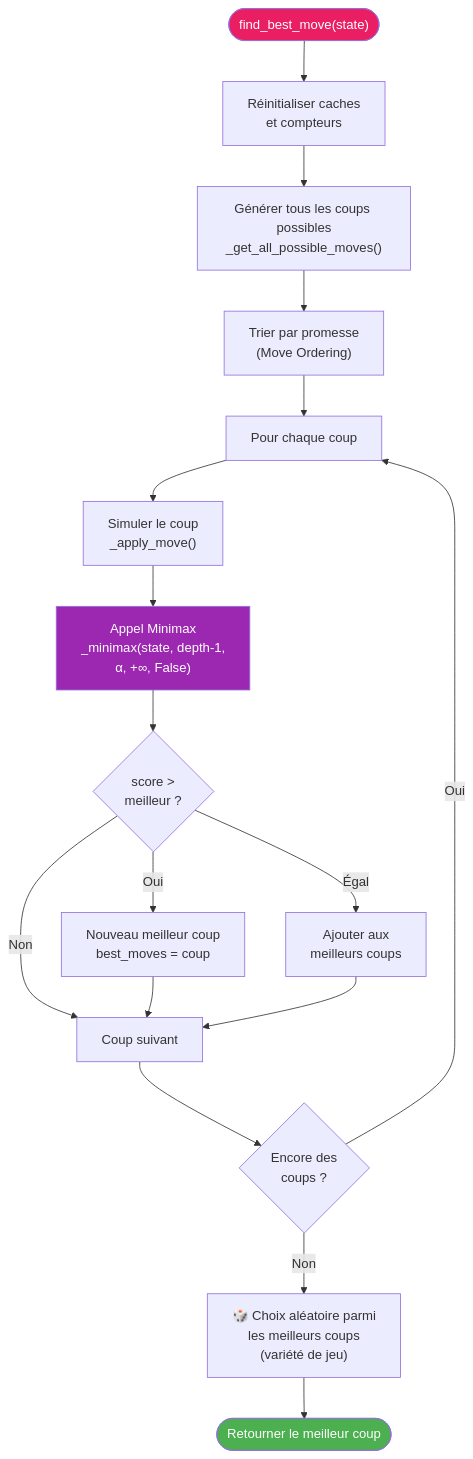
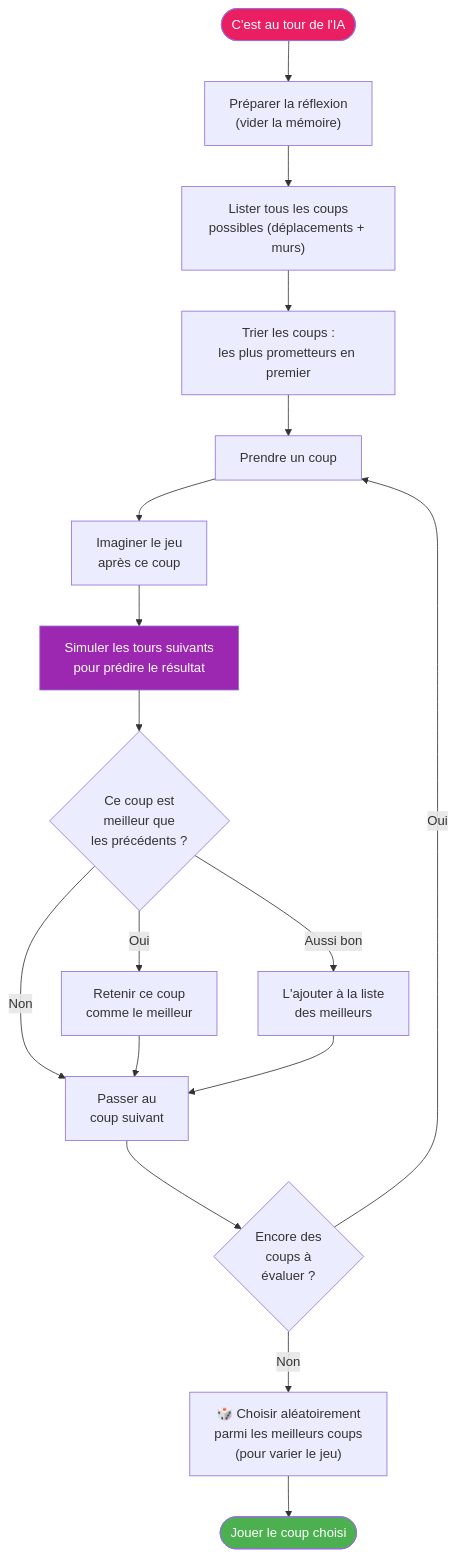
The first of 4 diagrams in flowcharts/02_logique_ia.md (Silou1/Projet_mecatronique_I3), drawn with Mermaid before and after one commit. The commit also changed other lines of this file and 3 other files, not shown here.

Commit message:
docs: simplify flowcharts with plain-language descriptions

````diff
--- a/flowcharts/02_logique_ia.md
+++ b/flowcharts/02_logique_ia.md
@@ -9,27 +9,27 @@
 ```mermaid
 flowchart TD
-    ENTRY(["find_best_move(state)"]) --> RESET["Réinitialiser caches<br/>et compteurs"]
-    RESET --> GEN["Générer tous les coups possibles<br/>_get_all_possible_moves()"]
-    GEN --> SORT["Trier par promesse<br/>(Move Ordering)"]
+    ENTRY(["C'est au tour de l'IA"]) --> RESET["Préparer la réflexion<br/>(vider la mémoire)"]
+    RESET --> GEN["Lister tous les coups<br/>possibles (déplacements + murs)"]
+    GEN --> SORT["Trier les coups :<br/>les plus prometteurs en premier"]
 
-    SORT --> LOOP["Pour chaque coup"]
-    LOOP --> SIM["Simuler le coup<br/>_apply_move()"]
-    SIM --> MINIMAX["Appel Minimax<br/>_minimax(state, depth-1,<br/>α, +∞, False)"]
+    SORT --> LOOP["Prendre un coup"]
+    LOOP --> SIM["Imaginer le jeu<br/>après ce coup"]
+    SIM --> MINIMAX["Simuler les tours suivants<br/>pour prédire le résultat"]
 
-    MINIMAX --> COMPARE{"score > <br/>meilleur ?"}
-    COMPARE -->|Oui| NEW_BEST["Nouveau meilleur coup<br/>best_moves = coup"]
-    COMPARE -->|"Égal"| ADD["Ajouter aux<br/>meilleurs coups"]
-    COMPARE -->|Non| NEXT
+    MINIMAX --> COMPARE{"Ce coup est<br/>meilleur que<br/>les précédents ?"}
+    COMPARE -->|"Oui"| NEW_BEST["Retenir ce coup<br/>comme le meilleur"]
+    COMPARE -->|"Aussi bon"| ADD["L'ajouter à la liste<br/>des meilleurs"]
+    COMPARE -->|"Non"| NEXT
 
-    NEW_BEST --> NEXT["Coup suivant"]
+    NEW_BEST --> NEXT["Passer au<br/>coup suivant"]
     ADD --> NEXT
-    NEXT --> MORE{"Encore des<br/>coups ?"}
+    NEXT --> MORE{"Encore des<br/>coups à<br/>évaluer ?"}
     MORE -->|Oui| LOOP
     MORE -->|Non| CHOOSE
 
-    CHOOSE["🎲 Choix aléatoire parmi<br/>les meilleurs coups<br/>(variété de jeu)"] --> RETURN(["Retourner le meilleur coup"])
+    CHOOSE["🎲 Choisir aléatoirement<br/>parmi les meilleurs coups<br/>(pour varier le jeu)"] --> RETURN(["Jouer le coup choisi"])
 
     style ENTRY fill:#E91E63,color:#fff
     style RETURN fill:#4CAF50,color:#fff
     style MINIMAX fill:#9C27B0,color:#fff
 ```
````
